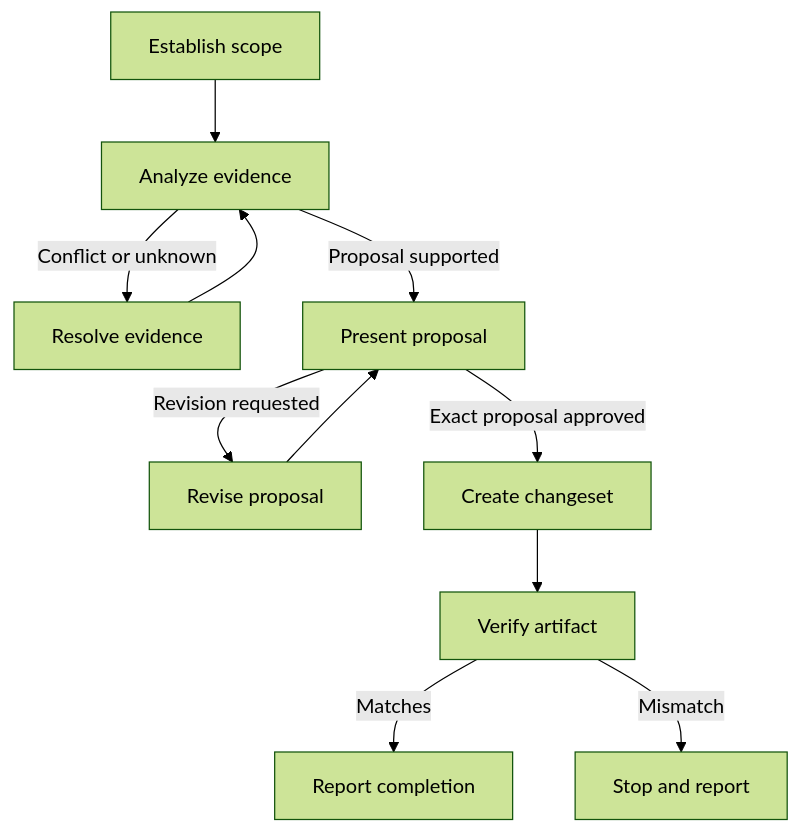
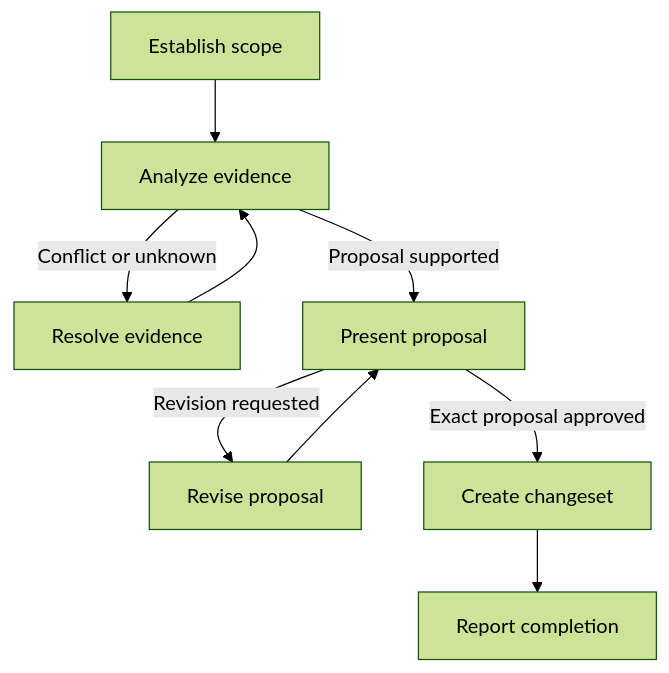
One commit to UseTheFork/spindle changed the diagram in .github/skills/author-changeset/SKILL.md. Above: the diagram before and after it, drawn with Mermaid (forest theme). The commit also changed other lines of this file, not shown here.

````diff
--- a/.github/skills/author-changeset/SKILL.md
+++ b/.github/skills/author-changeset/SKILL.md
@@ -14,13 +14,11 @@
 ```mermaid
 flowchart TD
     A[Establish scope] --> B[Analyze evidence]
     B -- Conflict or unknown --> C[Resolve evidence]
     C --> B
     B -- Proposal supported --> D[Present proposal]
     D -- Revision requested --> E[Revise proposal]
     E --> D
     D -- Exact proposal approved --> F[Create changeset]
-    F --> G[Verify artifact]
-    G -- Matches --> H[Report completion]
-    G -- Mismatch --> I[Stop and report]
+    F --> H[Report completion]
 ```
````
